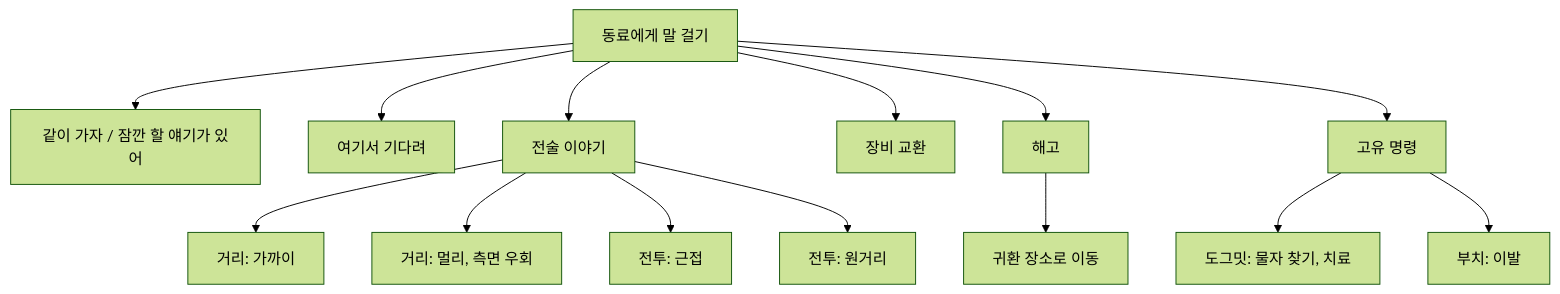
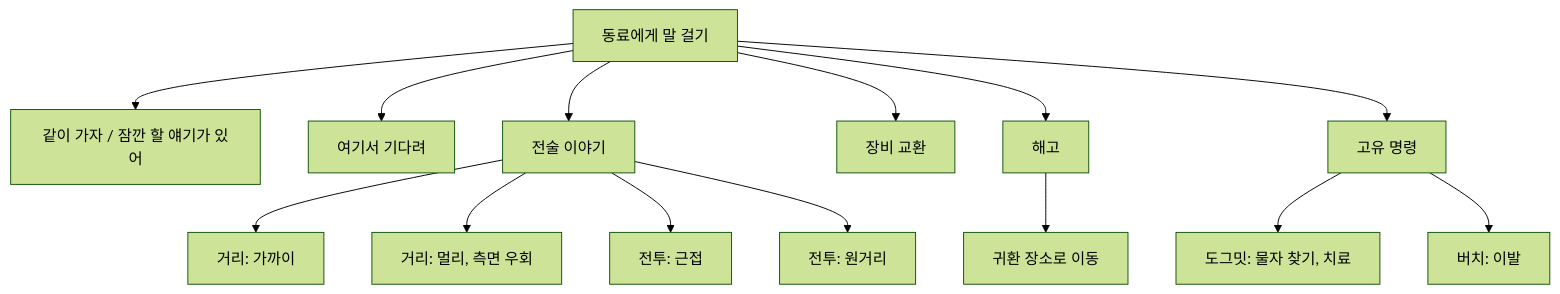
One commit to forsurvive/003 changed the fifth of 5 diagrams in docs/reverse-design/10_characters-major-companions.md. Above: the diagram before and after it, drawn with Mermaid (forest theme). The commit also changed other lines of this file and 21 other files, not shown here.

````diff
--- a/docs/reverse-design/10_characters-major-companions.md
+++ b/docs/reverse-design/10_characters-major-companions.md
@@ -1275,16 +1277,16 @@
 ```mermaid
 flowchart TD
     T["동료에게 말 걸기"] --> M1["같이 가자 / 잠깐 할 얘기가 있어"]
     T --> M2["여기서 기다려"]
     T --> M3["전술 이야기"]
     T --> M4["장비 교환"]
     T --> M5["해고"]
     T --> M6["고유 명령"]
     M3 --> D1["거리: 가까이"]
     M3 --> D2["거리: 멀리, 측면 우회"]
     M3 --> C1["전투: 근접"]
     M3 --> C2["전투: 원거리"]
     M5 --> F1["귀환 장소로 이동"]
     M6 --> U1["도그밋: 물자 찾기, 치료"]
-    M6 --> U2["부치: 이발"]
+    M6 --> U2["버치: 이발"]
 ```
````
